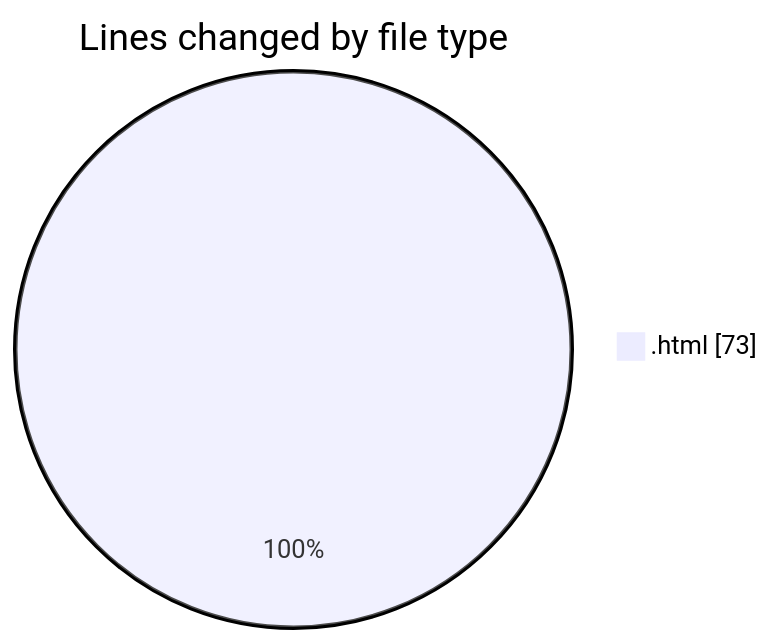
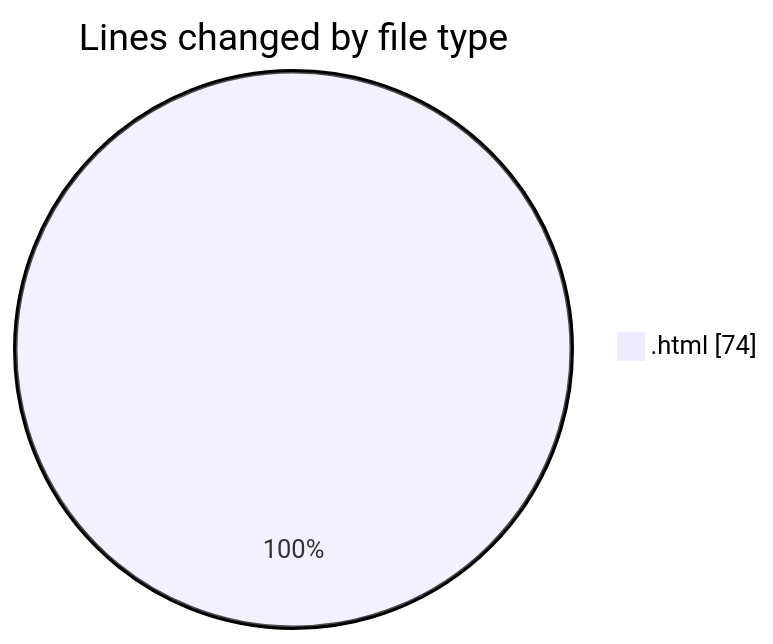
One commit to LanceThiago/code-tracking changed the first of 2 diagrams in 2025-01-09/nueva_carpeta/README.md. Above: the diagram before and after it, drawn with Mermaid. The commit also changed other lines of this file and 1 other file, not shown here.

````diff
--- a/2025-01-09/nueva_carpeta/README.md
+++ b/2025-01-09/nueva_carpeta/README.md
@@ -20,5 +20,5 @@
 ```mermaid
 pie showData
 title Lines changed by file type
-".html" : 73
+".html" : 74
 ```
````
